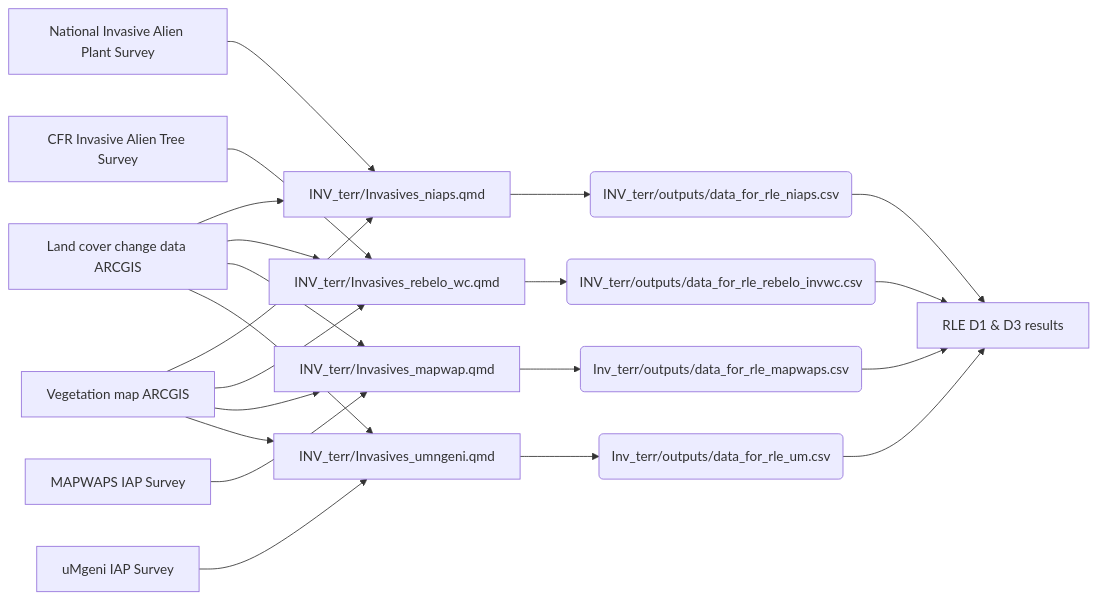
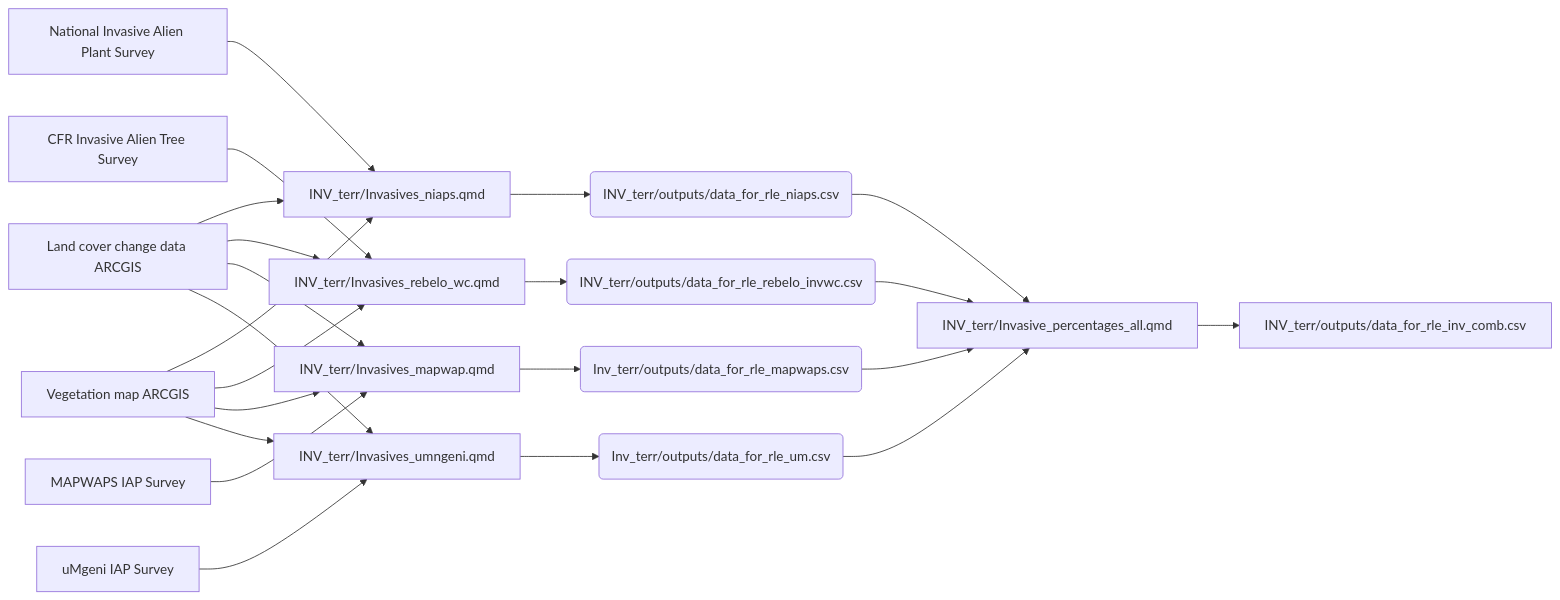
One commit to askowno/INV_terr changed the diagram in README.md. Above: the diagram before and after it, drawn with Mermaid. The commit also changed other lines of this file and 8 other files, not shown here.

````diff
--- a/README.md
+++ b/README.md
@@ -23,15 +25,15 @@
 ``` mermaid
 flowchart LR; 
-A[Land cover change data ARCGIS] --> B[INV_terr/Invasives_niaps.qmd] --> C(INV_terr/outputs/data_for_rle_niaps.csv) --> D[RLE D1 & D3 results]; 
+A[Land cover change data ARCGIS] --> B[INV_terr/Invasives_niaps.qmd] --> C(INV_terr/outputs/data_for_rle_niaps.csv) --> D[INV_terr/Invasive_percentages_all.qmd] --> Q[INV_terr/outputs/data_for_rle_inv_comb.csv]; 
 E[National Invasive Alien Plant Survey] --> B; 
 F[Vegetation map ARCGIS] --> B; 
 G[CFR Invasive Alien Tree Survey] --> H[INV_terr/Invasives_rebelo_wc.qmd] --> I(INV_terr/outputs/data_for_rle_rebelo_invwc.csv) --> D; 
 A --> H; 
 F --> H;
 A --> J;
 F --> J;
 K[MAPWAPS IAP Survey] --> J[INV_terr/Invasives_mapwap.qmd] --> L(Inv_terr/outputs/data_for_rle_mapwaps.csv) --> D;
 A --> N; 
 F --> N;
 M[uMgeni IAP Survey] --> N[INV_terr/Invasives_umngeni.qmd] --> O(Inv_terr/outputs/data_for_rle_um.csv) --> D; 
 ```
````
